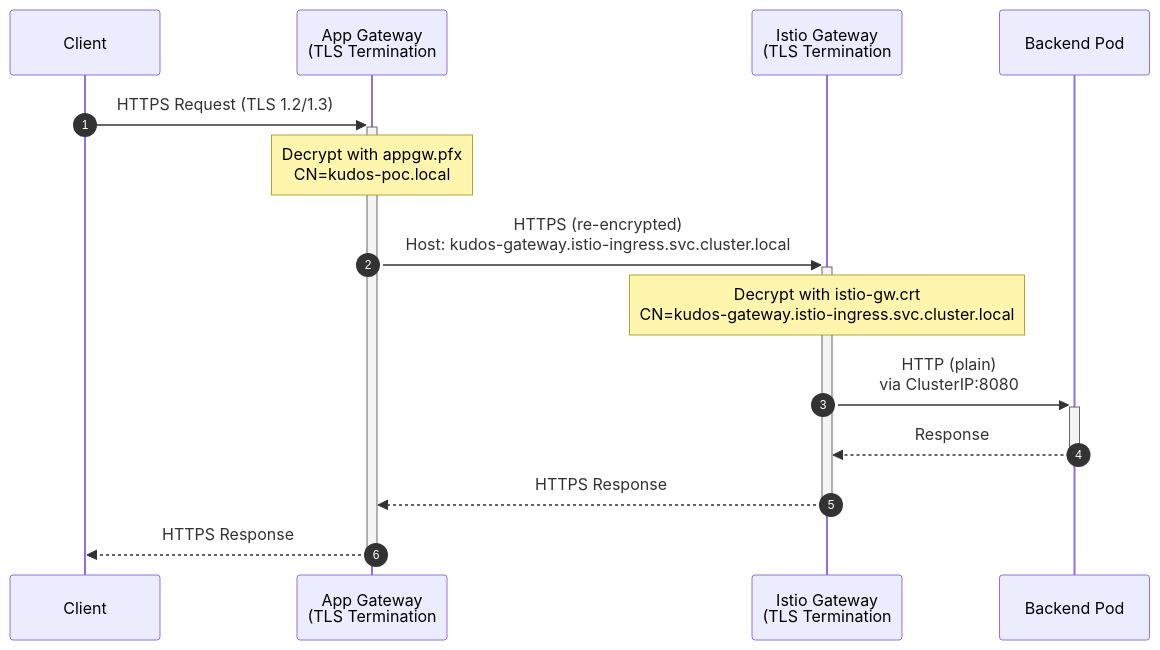
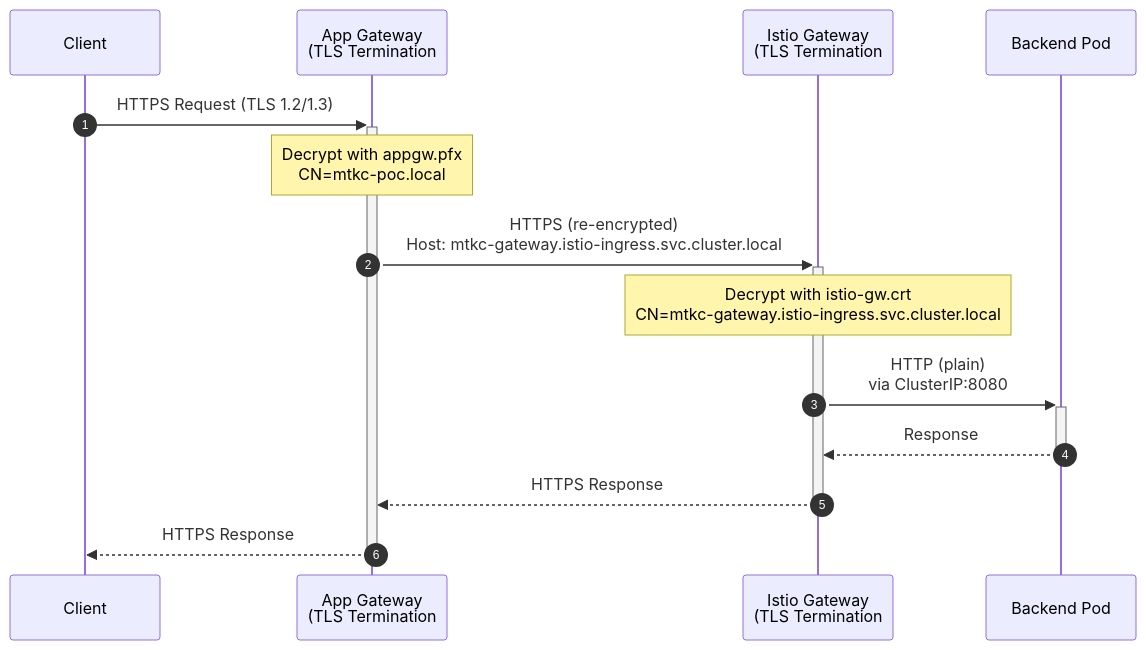
Before and after one commit to shanaka-versent/shanaka-aks-poc: the second of 7 diagrams in README.md, drawn with Mermaid. The commit also changed other lines of this file and 25 other files, not shown here.

````diff
--- a/README.md
+++ b/README.md
@@ -94,19 +94,19 @@
 ```mermaid
 sequenceDiagram
     autonumber
     participant Client
     participant AppGW as App Gateway<br/>(TLS Termination #1)
     participant IstioGW as Istio Gateway<br/>(TLS Termination #2)
     participant Pod as Backend Pod
 
     Client->>+AppGW: HTTPS Request (TLS 1.2/1.3)
-    Note over AppGW: Decrypt with appgw.pfx<br/>CN=kudos-poc.local
+    Note over AppGW: Decrypt with appgw.pfx<br/>CN=mtkc-poc.local
 
-    AppGW->>+IstioGW: HTTPS (re-encrypted)<br/>Host: kudos-gateway.istio-ingress.svc.cluster.local
-    Note over IstioGW: Decrypt with istio-gw.crt<br/>CN=kudos-gateway.istio-ingress.svc.cluster.local
+    AppGW->>+IstioGW: HTTPS (re-encrypted)<br/>Host: mtkc-gateway.istio-ingress.svc.cluster.local
+    Note over IstioGW: Decrypt with istio-gw.crt<br/>CN=mtkc-gateway.istio-ingress.svc.cluster.local
 
     IstioGW->>+Pod: HTTP (plain)<br/>via ClusterIP:8080
     Pod-->>-IstioGW: Response
     IstioGW-->>-AppGW: HTTPS Response
     AppGW-->>-Client: HTTPS Response
 ```
````
